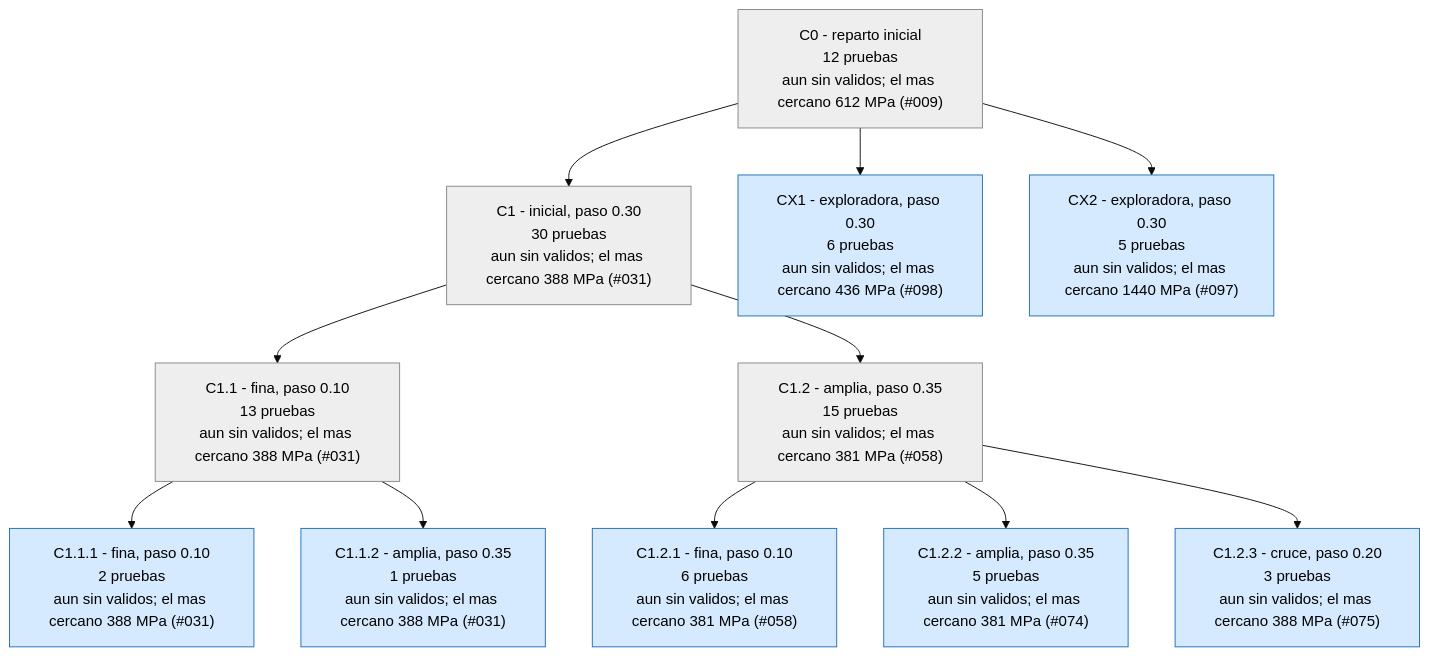
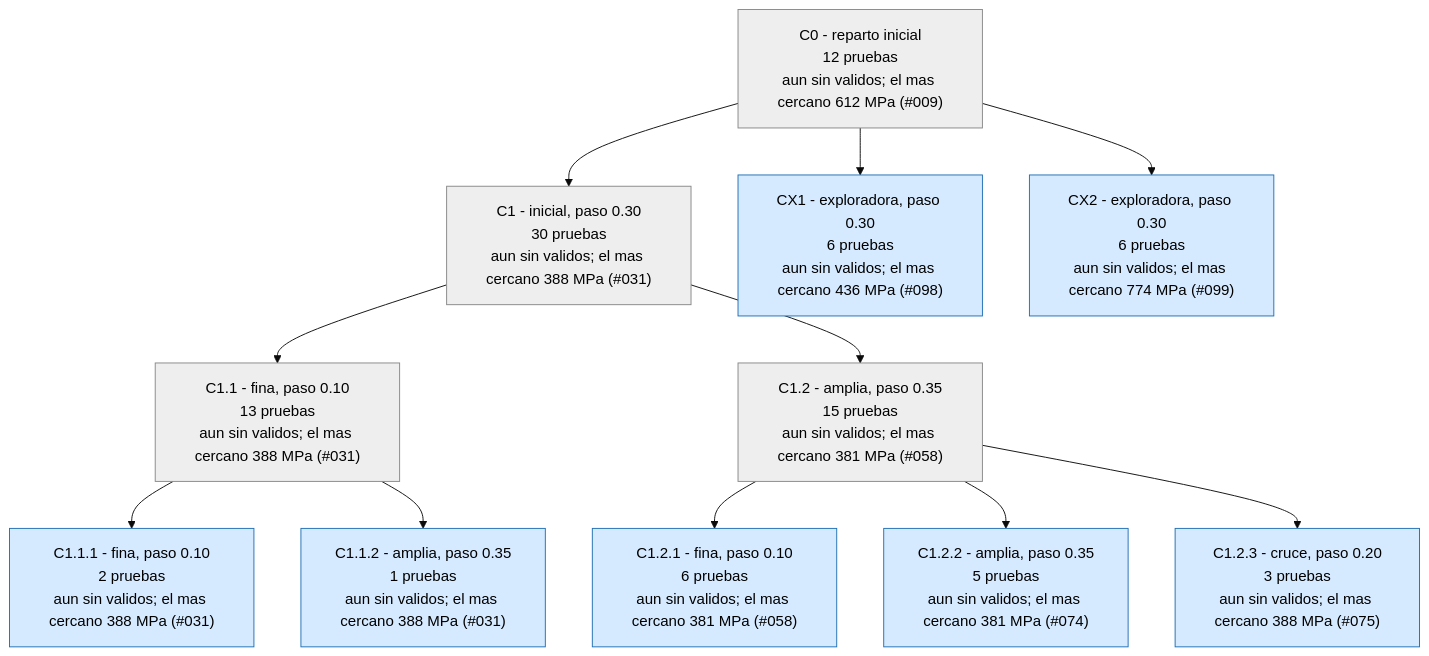
The third of 4 diagrams in runs/opt_37800N/ARBOL.md (Hugiko/msd-soporte-optimizacion), drawn with Mermaid (base theme) before and after one commit. The commit also changed 21 other files, not shown here.

````diff
--- a/runs/opt_37800N/ARBOL.md
+++ b/runs/opt_37800N/ARBOL.md
@@ -127,27 +127,27 @@
 ```mermaid
 graph TD
 classDef activa fill:#d6eaff,stroke:#1f6fb5,color:#000
 classDef fin fill:#eeeeee,stroke:#888,color:#000
 classDef mejor fill:#c8f0c0,stroke:#1a9850,stroke-width:4px,color:#000
 C0["C0 - reparto inicial<br/>12 pruebas<br/>aun sin validos; el mas cercano 612 MPa (#009)"]:::fin
 C1["C1 - inicial, paso 0.30<br/>30 pruebas<br/>aun sin validos; el mas cercano 388 MPa (#031)"]:::fin
 C0 --> C1
 C1_1["C1.1 - fina, paso 0.10<br/>13 pruebas<br/>aun sin validos; el mas cercano 388 MPa (#031)"]:::fin
 C1 --> C1_1
 C1_2["C1.2 - amplia, paso 0.35<br/>15 pruebas<br/>aun sin validos; el mas cercano 381 MPa (#058)"]:::fin
 C1 --> C1_2
 C1_1_1["C1.1.1 - fina, paso 0.10<br/>2 pruebas<br/>aun sin validos; el mas cercano 388 MPa (#031)"]:::activa
 C1_1 --> C1_1_1
 C1_1_2["C1.1.2 - amplia, paso 0.35<br/>1 pruebas<br/>aun sin validos; el mas cercano 388 MPa (#031)"]:::activa
 C1_1 --> C1_1_2
 C1_2_1["C1.2.1 - fina, paso 0.10<br/>6 pruebas<br/>aun sin validos; el mas cercano 381 MPa (#058)"]:::activa
 C1_2 --> C1_2_1
 C1_2_2["C1.2.2 - amplia, paso 0.35<br/>5 pruebas<br/>aun sin validos; el mas cercano 381 MPa (#074)"]:::activa
 C1_2 --> C1_2_2
 C1_2_3["C1.2.3 - cruce, paso 0.20<br/>3 pruebas<br/>aun sin validos; el mas cercano 388 MPa (#075)"]:::activa
 C1_2 --> C1_2_3
 CX1["CX1 - exploradora, paso 0.30<br/>6 pruebas<br/>aun sin validos; el mas cercano 436 MPa (#098)"]:::activa
 C0 --> CX1
-CX2["CX2 - exploradora, paso 0.30<br/>5 pruebas<br/>aun sin validos; el mas cercano 1440 MPa (#097)"]:::activa
+CX2["CX2 - exploradora, paso 0.30<br/>6 pruebas<br/>aun sin validos; el mas cercano 774 MPa (#099)"]:::activa
 C0 --> CX2
 ```
````
